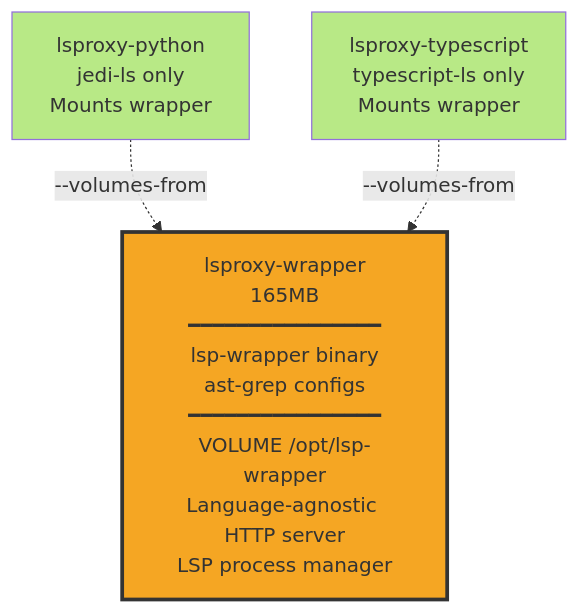
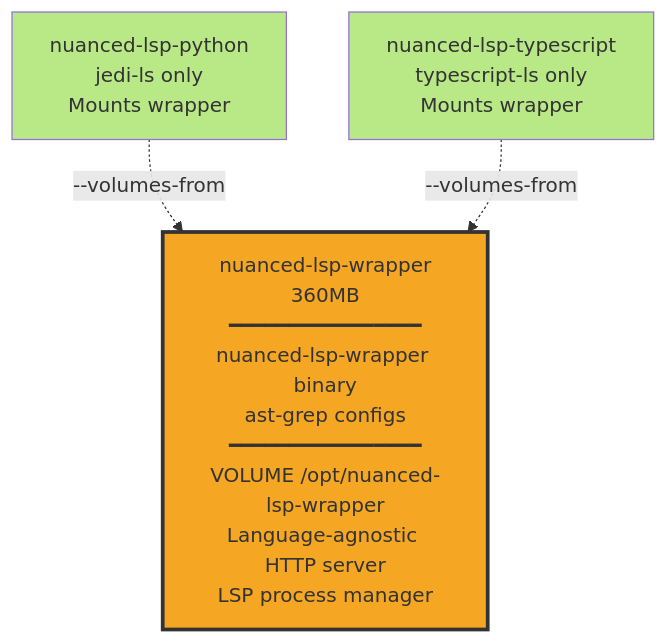
Before and after one commit to nuanced-dev/lsproxy: the second of 4 diagrams in README.md, drawn with Mermaid. The commit also changed other lines of this file and 4 other files, not shown here.

````diff
--- a/README.md
+++ b/README.md
@@ -295,14 +283,14 @@
 ```mermaid
 graph TB
-    Wrapper[lsproxy-wrapper<br/>165MB<br/>━━━━━━━━━━━━━━━━<br/>lsp-wrapper binary<br/>ast-grep configs<br/>━━━━━━━━━━━━━━━━<br/>VOLUME /opt/lsp-wrapper<br/>Language-agnostic HTTP server<br/>LSP process manager]
+    Wrapper[nuanced-lsp-wrapper<br/>360MB<br/>━━━━━━━━━━━━━━━━<br/>nuanced-lsp-wrapper binary<br/>ast-grep configs<br/>━━━━━━━━━━━━━━━━<br/>VOLUME /opt/nuanced-lsp-wrapper<br/>Language-agnostic HTTP server<br/>LSP process manager]
 
-    Python[lsproxy-python<br/>jedi-ls only<br/>Mounts wrapper]
-    TypeScript[lsproxy-typescript<br/>typescript-ls only<br/>Mounts wrapper]
+    Python[nuanced-lsp-python<br/>jedi-ls only<br/>Mounts wrapper]
+    TypeScript[nuanced-lsp-typescript<br/>typescript-ls only<br/>Mounts wrapper]
 
     Python -.->|--volumes-from| Wrapper
     TypeScript -.->|--volumes-from| Wrapper
 
     style Wrapper fill:#F5A623,stroke:#333,stroke-width:3px
     style Python fill:#B8E986
     style TypeScript fill:#B8E986
 ```
````
